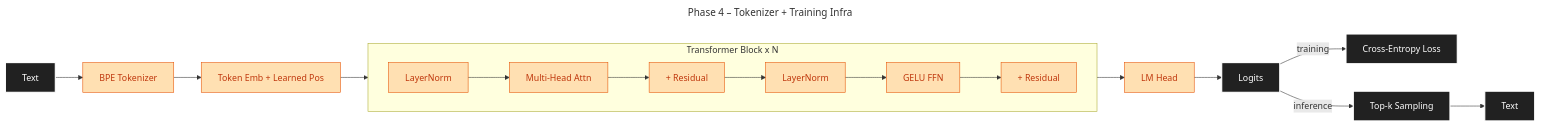
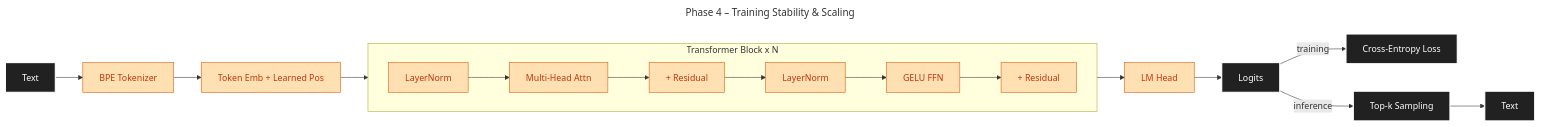
Before and after one commit to maxjbarfuss/max_llm: the third of 8 diagrams in docs/DESIGN.md, drawn with Mermaid. The commit also changed other lines of this file and 1 other file, not shown here.

First line of the commit message:
Move tokenizer upgrade from Phase 4 to Phase 3

````diff
--- a/docs/DESIGN.md
+++ b/docs/DESIGN.md
@@ -48,16 +48,16 @@
 ```mermaid
 ---
-title: Phase 4 – Tokenizer + Training Infra
+title: Phase 4 – Training Stability & Scaling
 ---
 graph LR
     A[Text]:::io --> B[BPE Tokenizer]:::p4 --> C[Token Emb + Learned Pos]:::p4 --> Block
     subgraph Block[Transformer Block x N]
         direction LR
         D[LayerNorm]:::p4 --> E[Multi-Head Attn]:::p4 --> F[+ Residual]:::p4 --> G[LayerNorm]:::p4 --> H[GELU FFN]:::p4 --> I[+ Residual]:::p4
     end
     Block --> J[LM Head]:::p4 --> K[Logits]:::io
     K -->|training| L[Cross-Entropy Loss]:::io
     K -->|inference| M[Top-k Sampling]:::io --> N[Text]:::io
     classDef io fill:#212121,stroke:#FFFFFF,color:#FFFFFF,stroke-width:2px
     classDef p4 fill:#FFE0B2,stroke:#E65100,color:#BF360C
 ```
````
